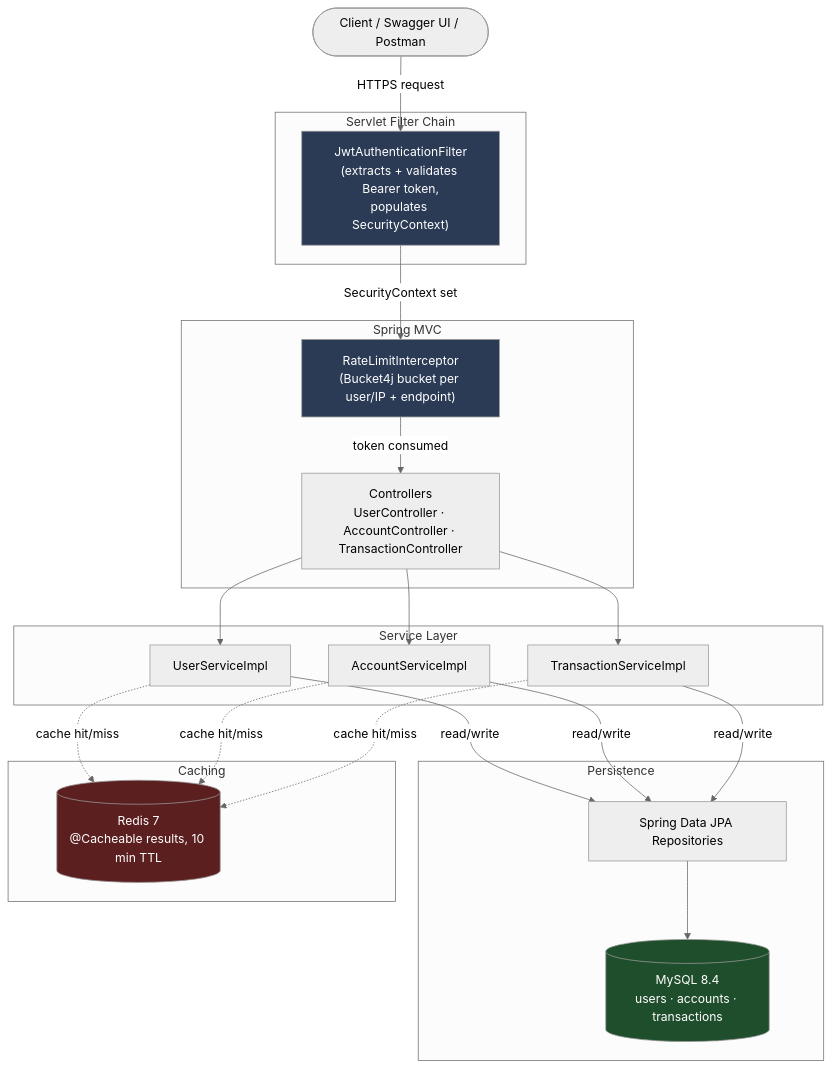
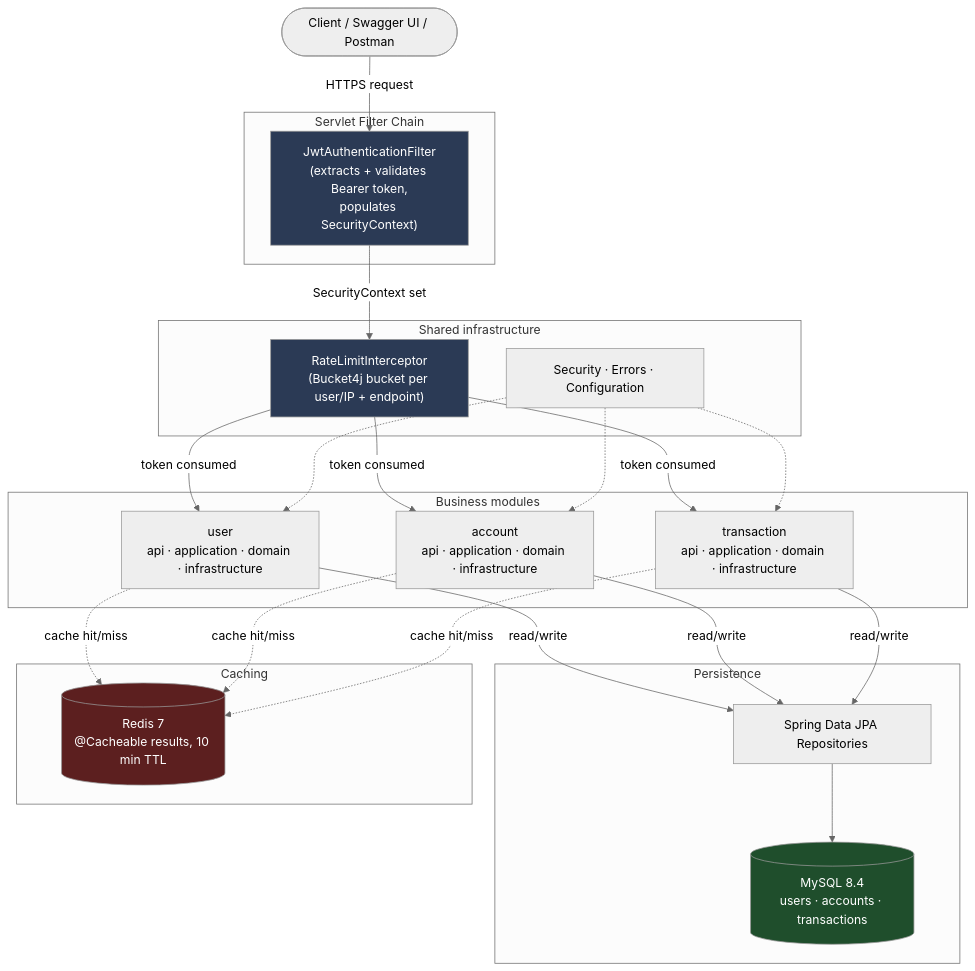
One commit to megumiwatanable/Banking-System changed the first of 5 diagrams in README.md. Above: the diagram before and after it, drawn with Mermaid (neutral theme). The commit also changed other lines of this file and 175 other files, not shown here.

````diff
--- a/README.md
+++ b/README.md
@@ -87,41 +87,41 @@
 ```mermaid
 flowchart TB
     Client(["Client / Swagger UI / Postman"])
 
     subgraph Filter["Servlet Filter Chain"]
         JWT["JwtAuthenticationFilter\n(extracts + validates Bearer token,\npopulates SecurityContext)"]
     end
 
-    subgraph MVC["Spring MVC"]
+    subgraph Shared["Shared infrastructure"]
         RL["RateLimitInterceptor\n(Bucket4j bucket per user/IP + endpoint)"]
-        Ctrl["Controllers\nUserController · AccountController · TransactionController"]
+        Security["Security · Errors · Configuration"]
     end
 
-    subgraph Domain["Service Layer"]
-        US["UserServiceImpl"]
-        AS["AccountServiceImpl"]
-        TS["TransactionServiceImpl"]
+    subgraph Modules["Business modules"]
+        User["user\napi · application · domain · infrastructure"]
+        Account["account\napi · application · domain · infrastructure"]
+        Transaction["transaction\napi · application · domain · infrastructure"]
     end
 
     subgraph Data["Persistence"]
         Repo["Spring Data JPA Repositories"]
         PG[("MySQL 8.4\nusers · accounts · transactions")]
     end
 
     subgraph CacheLayer["Caching"]
         Redis[("Redis 7\n@Cacheable results, 10 min TTL")]
     end
 
     Client -->|HTTPS request| JWT
     JWT -->|SecurityContext set| RL
-    RL -->|token consumed| Ctrl
-    Ctrl --> US & AS & TS
-    US & AS & TS -->|read/write| Repo
-    US & AS & TS -.->|cache hit/miss| Redis
+    RL -->|token consumed| User & Account & Transaction
+    Security -.-> User & Account & Transaction
+    User & Account & Transaction -->|read/write| Repo
+    User & Account & Transaction -.->|cache hit/miss| Redis
     Repo --> PG
 
     style JWT fill:#2b3a55,color:#fff
     style RL fill:#2b3a55,color:#fff
     style PG fill:#1f4e2c,color:#fff
     style Redis fill:#5c1f1f,color:#fff
 ```
````
